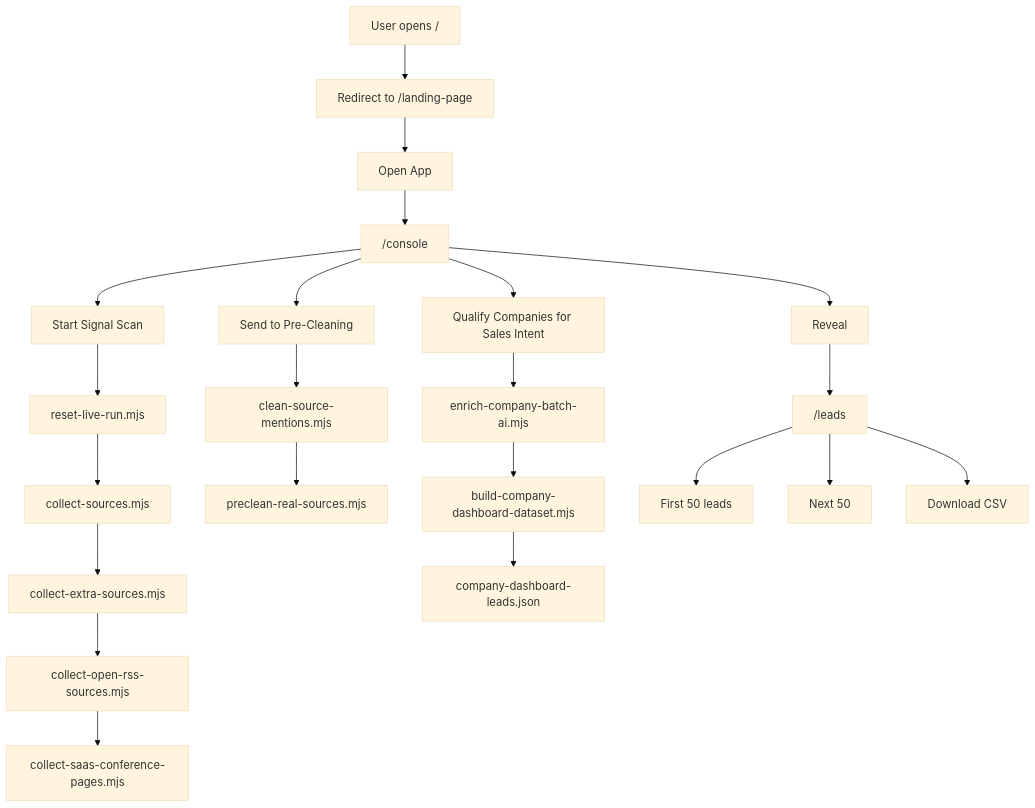
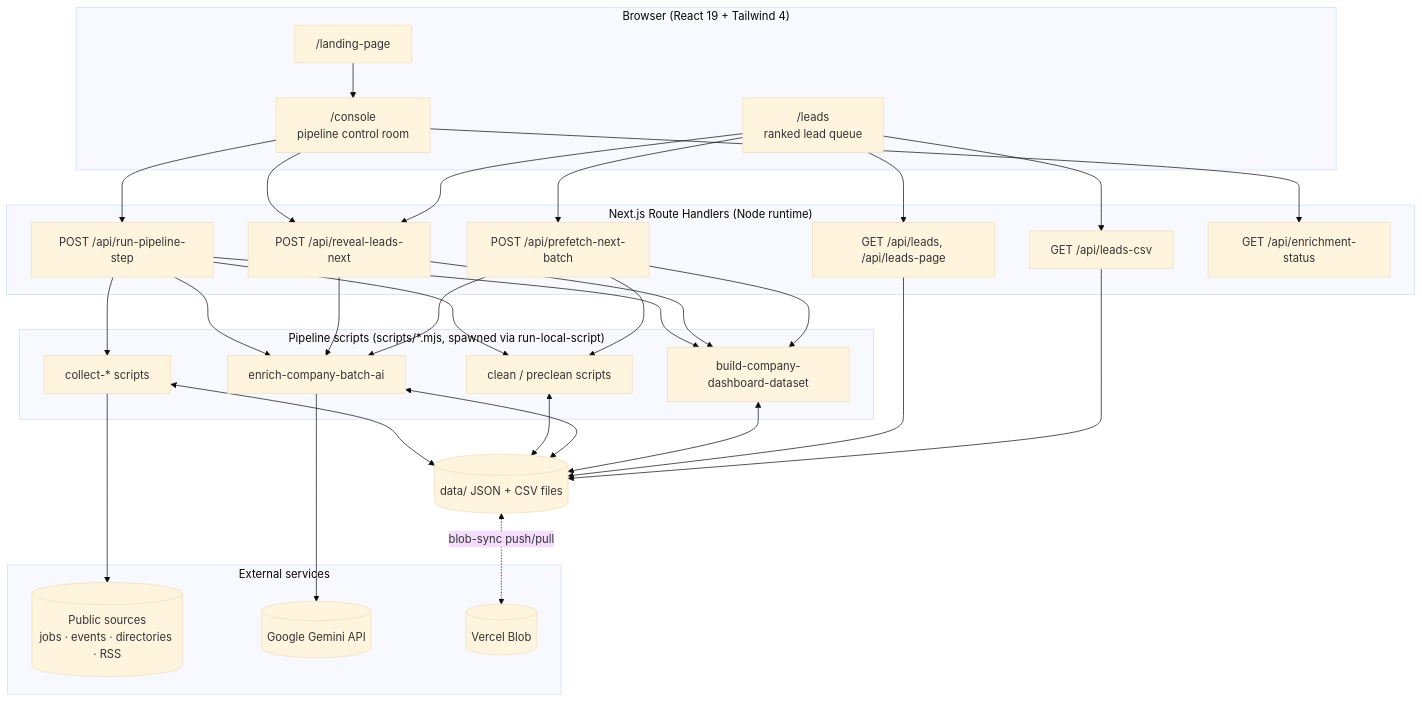
One commit to iiabhi/Lead-Generation-Project changed the second of 4 diagrams in README.md. Above: the diagram before and after it, drawn with Mermaid (base theme). The commit also changed other lines of this file and 1 other file, not shown here.

````diff
--- a/README.md
+++ b/README.md
@@ -40,28 +126,52 @@
 ```mermaid
 flowchart TD
-    A["User opens /"] --> B["Redirect to /landing-page"]
-    B --> C["Open App"]
-    C --> D["/console"]
+    subgraph Client["Browser (React 19 + Tailwind 4)"]
+        LP["/landing-page"]
+        CON["/console<br/>pipeline control room"]
+        LQ["/leads<br/>ranked lead queue"]
+    end
 
-    D --> E["Start Signal Scan"]
-    E --> E1["reset-live-run.mjs"]
-    E1 --> E2["collect-sources.mjs"]
-    E2 --> E3["collect-extra-sources.mjs"]
-    E3 --> E4["collect-open-rss-sources.mjs"]
-    E4 --> E5["collect-saas-conference-pages.mjs"]
+    subgraph Server["Next.js Route Handlers (Node runtime)"]
+        RPS["POST /api/run-pipeline-step"]
+        LEADS["GET /api/leads, /api/leads-page"]
+        REV["POST /api/reveal-leads-next"]
+        PRE["POST /api/prefetch-next-batch"]
+        CSV["GET /api/leads-csv"]
+        ST["GET /api/enrichment-status"]
+    end
 
-    D --> F["Send to Pre-Cleaning"]
-    F --> F1["clean-source-mentions.mjs"]
-    F1 --> F2["preclean-real-sources.mjs"]
+    subgraph Workers["Pipeline scripts (scripts/*.mjs, spawned via run-local-script)"]
+        COL["collect-* scripts"]
+        CLN["clean / preclean scripts"]
+        ENR["enrich-company-batch-ai"]
+        BLD["build-company-dashboard-dataset"]
+    end
 
-    D --> G["Qualify Companies for Sales Intent"]
-    G --> G1["enrich-company-batch-ai.mjs"]
-    G1 --> G2["build-company-dashboard-dataset.mjs"]
+    subgraph External["External services"]
+        SRC[("Public sources<br/>jobs · events · directories · RSS")]
+        GEM[("Google Gemini API")]
+        BLOB[("Vercel Blob")]
+    end
 
-    G2 --> H["company-dashboard-leads.json"]
-    D --> I["Reveal"]
-    I --> J["/leads"]
-    J --> K["First 50 leads"]
-    J --> L["Next 50"]
-    J --> M["Download CSV"]
+    DATA[("data/ JSON + CSV files")]
+
+    LP --> CON
+    CON --> RPS
+    CON --> REV
+    LQ --> LEADS
+    LQ --> REV
+    LQ --> CSV
+    LQ --> PRE
+    CON --> ST
+
+    RPS --> COL & CLN & ENR & BLD
+    REV --> ENR & BLD
+    PRE --> CLN & ENR & BLD
+
+    COL --> SRC
+    ENR --> GEM
+    COL & CLN & ENR & BLD <--> DATA
+    LEADS --> DATA
+    CSV --> DATA
+    DATA <-. blob-sync push/pull .-> BLOB
 ```
````
